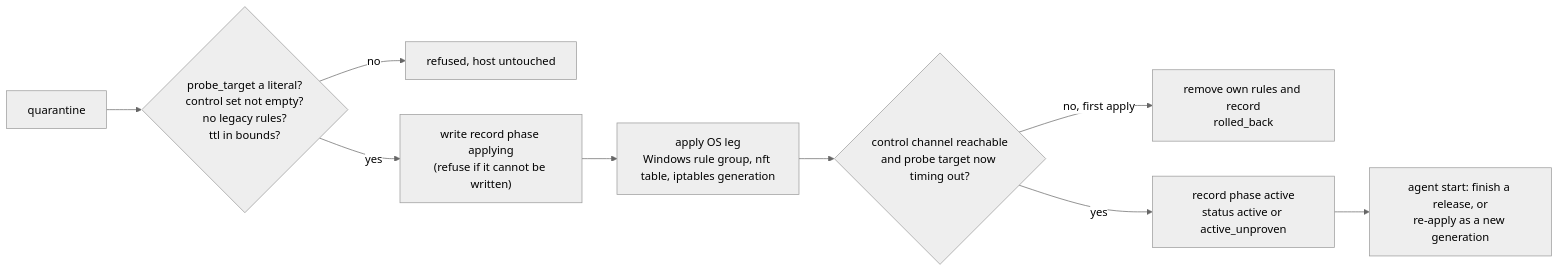
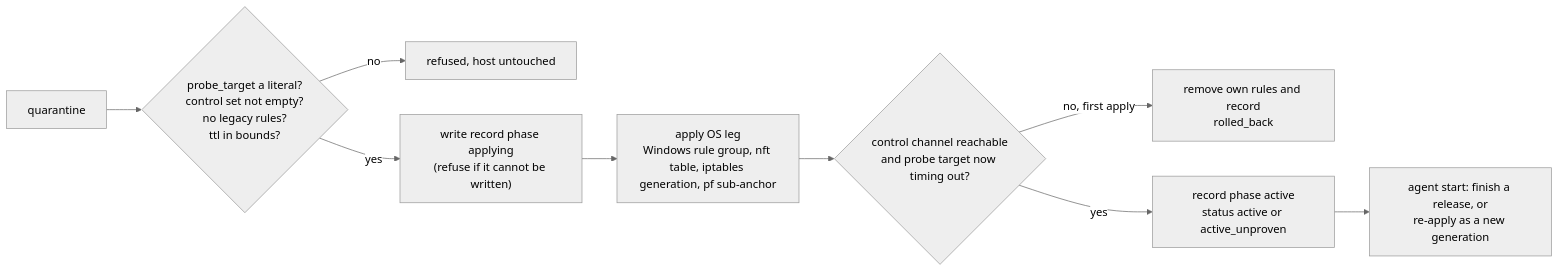
One commit to DevNullLtd/Yuzu changed the second of 4 diagrams in agents/plugins/firewall/README.md. Above: the diagram before and after it, drawn with Mermaid (neutral theme). The commit also changed other lines of this file and 17 other files, not shown here.

Commit message:
gate-fix: macOS design review (stateless control channel, first-sorting anchor with sibling check, no nat/rdr, pf re-enable repair, honest undo, failure modes) and the macOS leg

````diff
--- a/agents/plugins/firewall/README.md
+++ b/agents/plugins/firewall/README.md
@@ -59,11 +60,11 @@
 ```mermaid
 flowchart LR
   Q["quarantine"] --> V{"probe_target a literal?<br/>control set not empty?<br/>no legacy rules?<br/>ttl in bounds?"}
   V -- "no" --> R["refused, host untouched"]
   V -- "yes" --> REC["write record phase applying<br/>(refuse if it cannot be written)"]
-  REC --> AP["apply OS leg<br/>Windows rule group, nft table, iptables generation"]
+  REC --> AP["apply OS leg<br/>Windows rule group, nft table, iptables generation, pf sub-anchor"]
   AP --> VF{"control channel reachable<br/>and probe target now timing out?"}
   VF -- "no, first apply" --> RB["remove own rules and record<br/>rolled_back"]
   VF -- "yes" --> ACT["record phase active<br/>status active or active_unproven"]
   ACT --> INIT["agent start: finish a release, or<br/>re-apply as a new generation"]
 ```
````
